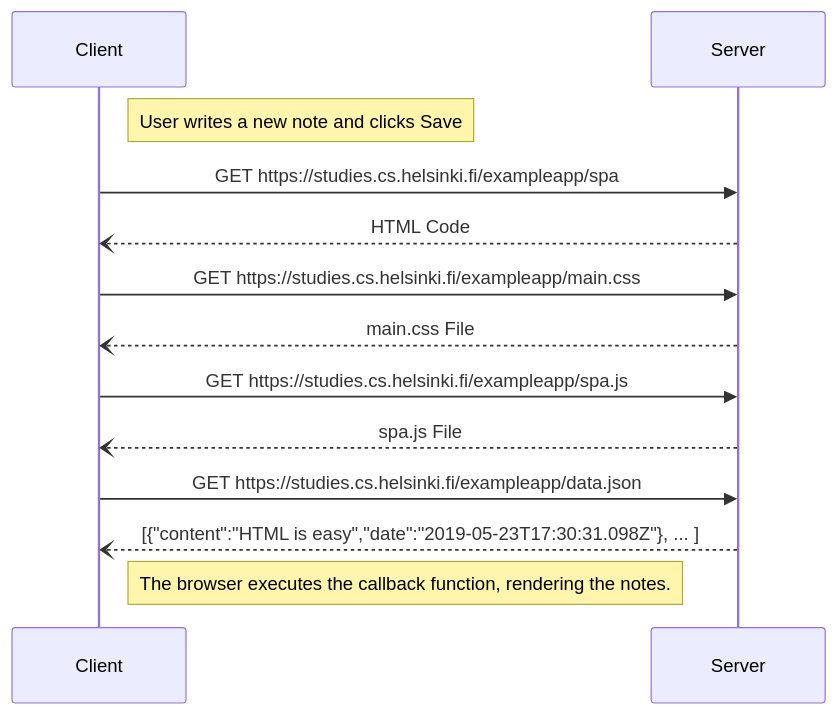
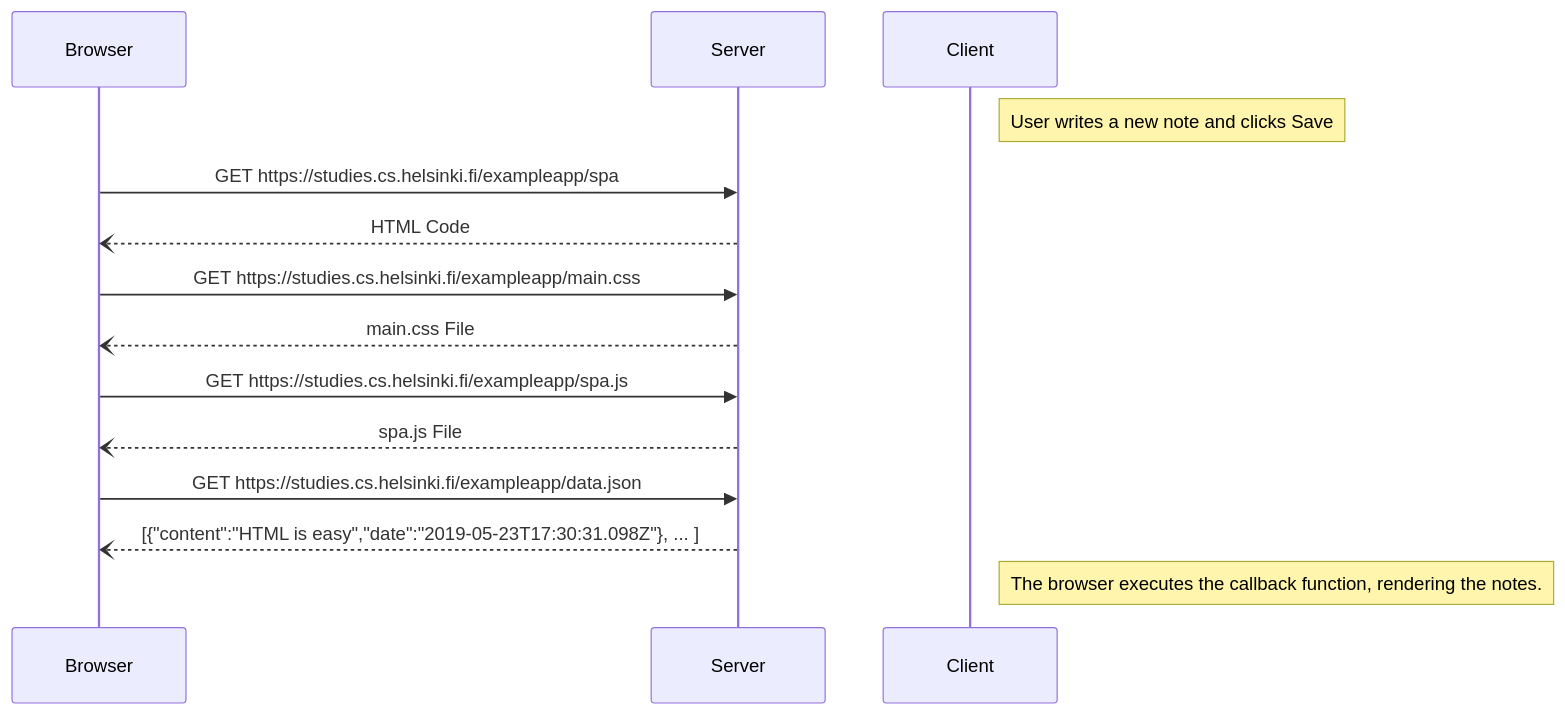
Before and after one commit to BeVocalist/Full-Stack-Web-Development: the diagram in part0/q5.md, drawn with Mermaid.

````diff
--- a/part0/q5.md
+++ b/part0/q5.md
@@ -1,16 +1,16 @@
 ```mermaid
 sequenceDiagram
-  participant Client
+  participant Browser
   participant Server
   Note right of Client: User writes a new note and clicks Save
 
-  Client->>Server: GET https://studies.cs.helsinki.fi/exampleapp/spa
-  Server--)Client: HTML Code
-  Client->>Server: GET https://studies.cs.helsinki.fi/exampleapp/main.css
-  Server--)Client: main.css File
-  Client->>Server: GET https://studies.cs.helsinki.fi/exampleapp/spa.js
-  Server--)Client: spa.js File
-  Client->>Server: GET https://studies.cs.helsinki.fi/exampleapp/data.json
-  Server--)Client: [{"content":"HTML is easy","date":"2019-05-23T17:30:31.098Z"}, ... ]
+  Browser->>Server: GET https://studies.cs.helsinki.fi/exampleapp/spa
+  Server--)Browser: HTML Code
+  Browser->>Server: GET https://studies.cs.helsinki.fi/exampleapp/main.css
+  Server--)Browser: main.css File
+  Browser->>Server: GET https://studies.cs.helsinki.fi/exampleapp/spa.js
+  Server--)Browser: spa.js File
+  Browser->>Server: GET https://studies.cs.helsinki.fi/exampleapp/data.json
+  Server--)Browser: [{"content":"HTML is easy","date":"2019-05-23T17:30:31.098Z"}, ... ]
   Note right of Client: The browser executes the callback function, rendering the notes.
 ```
````
